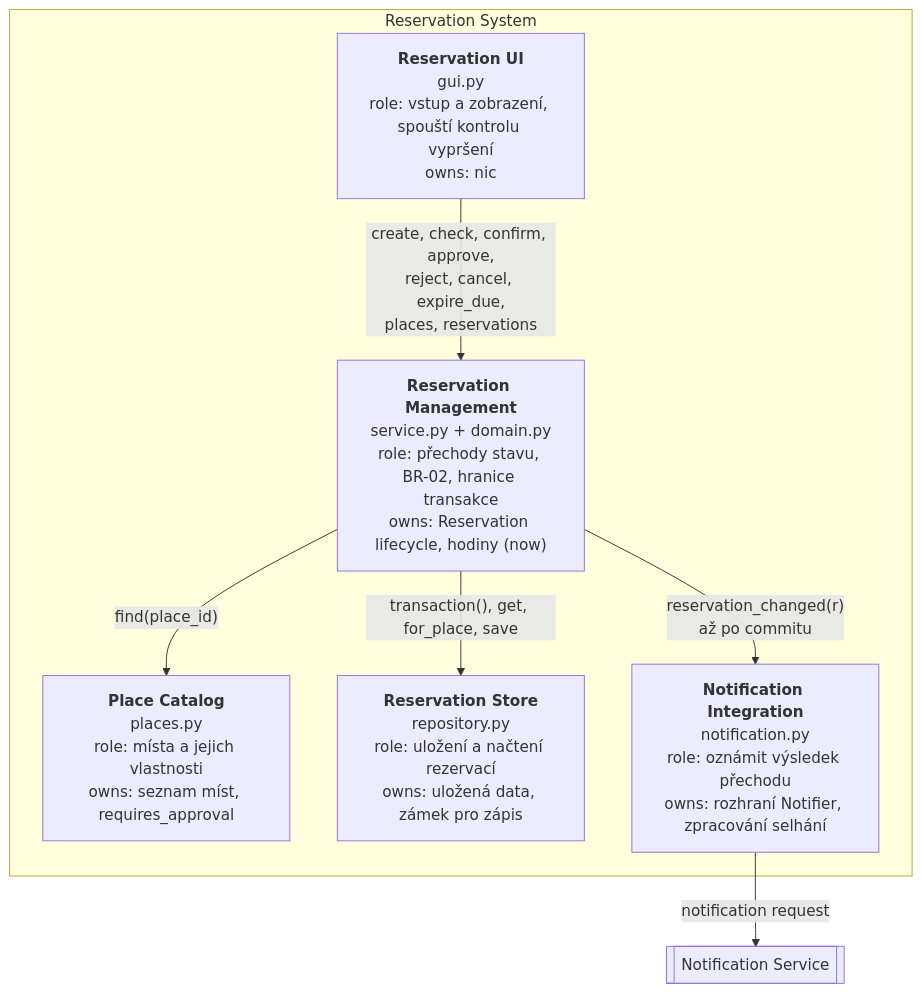
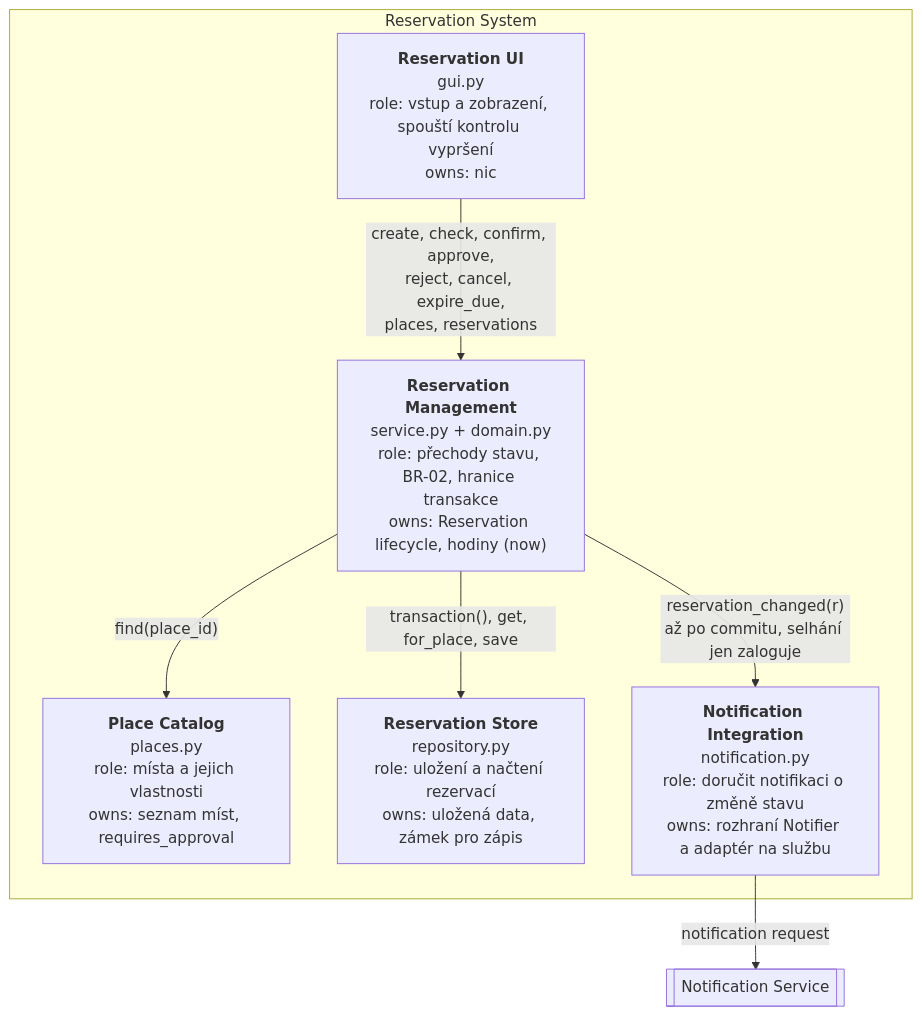
Before and after one commit to RomanGregor/ParkingReservations: the third of 6 diagrams in docs/architecture-and-decisions.md, drawn with Mermaid. The commit also changed other lines of this file, not shown here.

Commit message:
C03: design sequence and focused design class diagram

````diff
--- a/docs/architecture-and-decisions.md
+++ b/docs/architecture-and-decisions.md
@@ -303,17 +303,17 @@
 ```mermaid
 flowchart TB
     subgraph RSYS["Reservation System"]
         UI["<b>Reservation UI</b><br/>gui.py<br/>role: vstup a zobrazení, spouští kontrolu vypršení<br/>owns: nic"]
         RM["<b>Reservation Management</b><br/>service.py + domain.py<br/>role: přechody stavu, BR-02, hranice transakce<br/>owns: Reservation lifecycle, hodiny (now)"]
         PC["<b>Place Catalog</b><br/>places.py<br/>role: místa a jejich vlastnosti<br/>owns: seznam míst, requires_approval"]
         ST["<b>Reservation Store</b><br/>repository.py<br/>role: uložení a načtení rezervací<br/>owns: uložená data, zámek pro zápis"]
-        NI["<b>Notification Integration</b><br/>notification.py<br/>role: oznámit výsledek přechodu<br/>owns: rozhraní Notifier, zpracování selhání"]
+        NI["<b>Notification Integration</b><br/>notification.py<br/>role: doručit notifikaci o změně stavu<br/>owns: rozhraní Notifier a adaptér na službu"]
     end
     NS[[Notification Service]]
 
     UI -- "create, check, confirm, approve,<br/>reject, cancel, expire_due,<br/>places, reservations" --> RM
     RM -- "find(place_id)" --> PC
     RM -- "transaction(), get, for_place, save" --> ST
-    RM -- "reservation_changed(r)<br/>až po commitu" --> NI
+    RM -- "reservation_changed(r)<br/>až po commitu, selhání jen zaloguje" --> NI
     NI -- "notification request" --> NS
 ```
````
